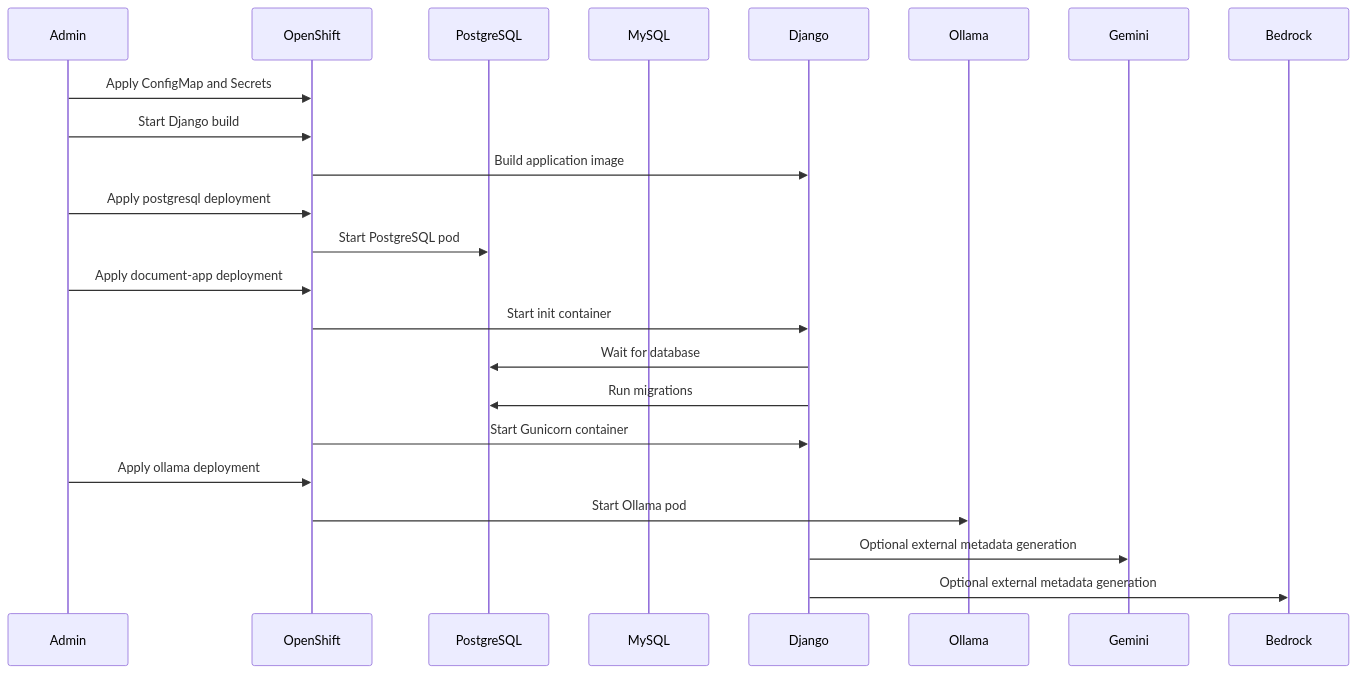
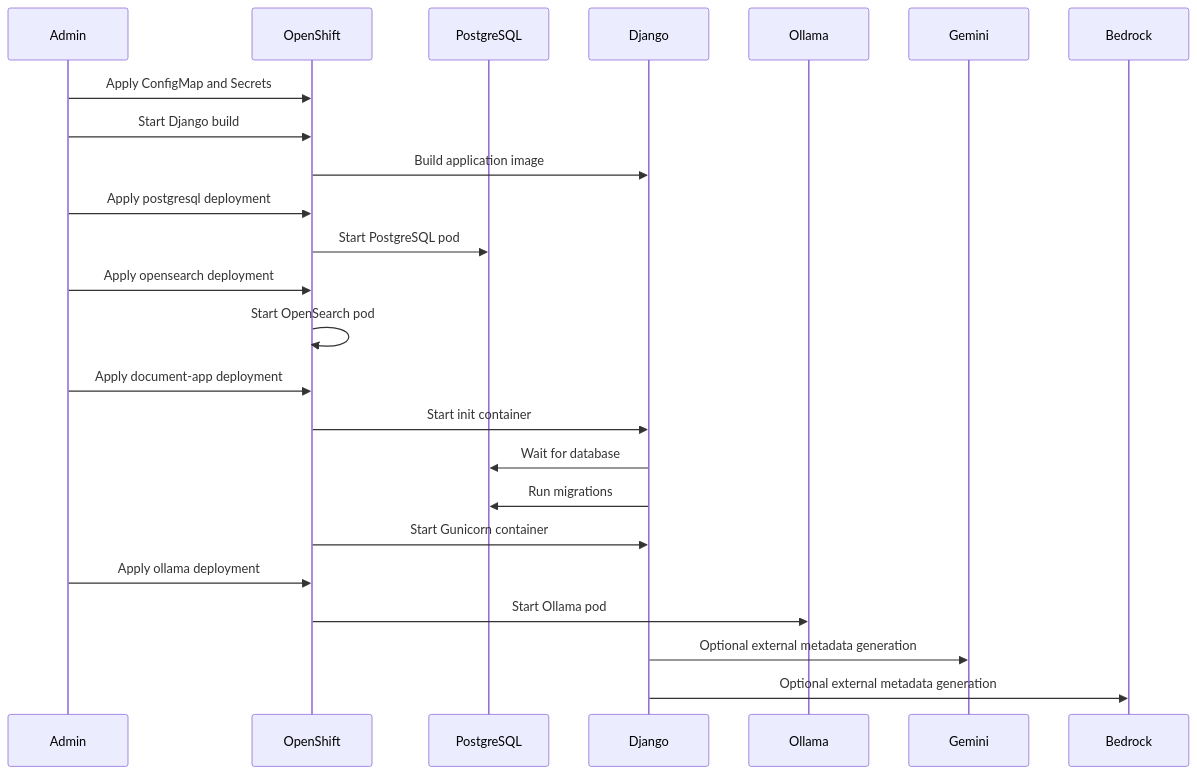
Before and after one commit to khaliqueaws-creator/document-management: the second of 3 diagrams in docs/deployment.md, drawn with Mermaid. The commit also changed other lines of this file and 70 other files, not shown here.

````diff
--- a/docs/deployment.md
+++ b/docs/deployment.md
@@ -81,30 +90,32 @@
 ```mermaid
 sequenceDiagram
     participant Admin
     participant OpenShift
     participant PostgreSQL
-    participant MySQL
     participant Django
     participant Ollama
     participant Gemini
     participant Bedrock
 
     Admin->>OpenShift: Apply ConfigMap and Secrets
     Admin->>OpenShift: Start Django build
     OpenShift->>Django: Build application image
 
     Admin->>OpenShift: Apply postgresql deployment
     OpenShift->>PostgreSQL: Start PostgreSQL pod
+
+    Admin->>OpenShift: Apply opensearch deployment
+    OpenShift->>OpenShift: Start OpenSearch pod
 
     Admin->>OpenShift: Apply document-app deployment
     OpenShift->>Django: Start init container
     Django->>PostgreSQL: Wait for database
     Django->>PostgreSQL: Run migrations
     OpenShift->>Django: Start Gunicorn container
 
     Admin->>OpenShift: Apply ollama deployment
     OpenShift->>Ollama: Start Ollama pod
 
     Django->>Gemini: Optional external metadata generation
     Django->>Bedrock: Optional external metadata generation
 ```
````
